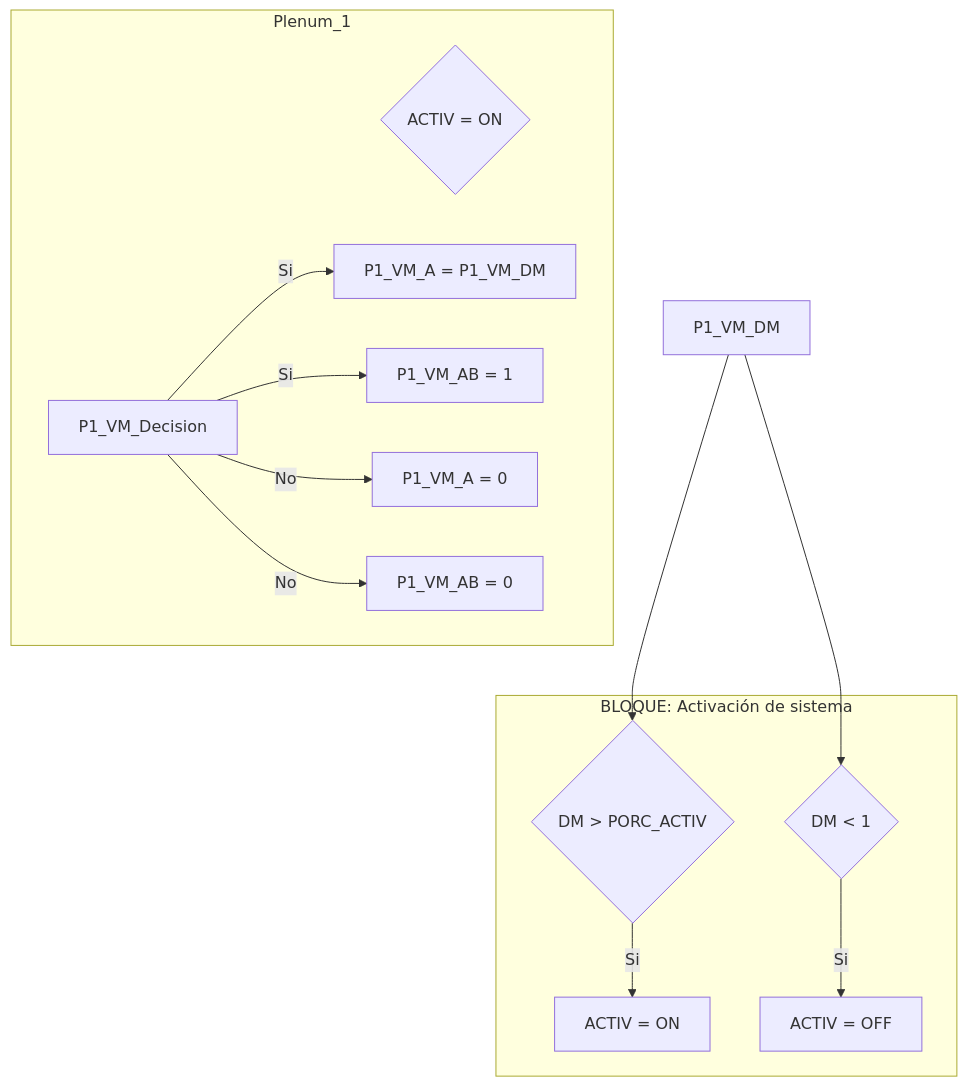
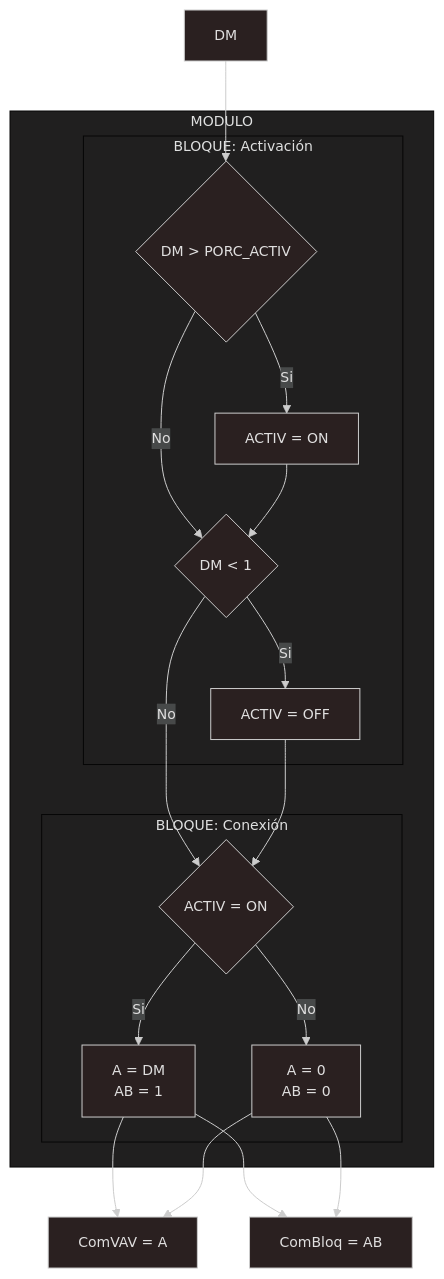
Before and after one commit to cjhirashi/ct-prub-in: the diagram in Cuarto-de-Pruebas/Controlador-1/PRG2/README.md, drawn with Mermaid.

Commit message:
Actualización del diagrama de flujo en README.md para mejorar la lógica de activación y desactivación del sistema, añadiendo subgráficos para una representación más clara del control de compuertas de VAVs.

````diff
--- a/Cuarto-de-Pruebas/Controlador-1/PRG2/README.md
+++ b/Cuarto-de-Pruebas/Controlador-1/PRG2/README.md
@@ -132,21 +132,28 @@
 ```mermaid
+---
+config:
+  theme: neo-dark
+---
 graph TD
-    P1_VM_DM --> ACTIVACION{DM > PORC_ACTIV};
-    P1_VM_DM --> DESACTIVACION{DM < 1};
-    subgraph BLOQUE: Activación de sistema
-        ACTIVACION -- Si --> SetActive[ACTIV = ON]
-        DESACTIVACION -- Si --> SetInactive[ACTIV = OFF]
-        SetActive
-        SetInactive
+    DM --> ACTIVACION{DM > PORC_ACTIV};
+    subgraph MODULO
+        subgraph BLOQUE: Activación
+            ACTIVACION -- Si --> SetActive[ACTIV = ON]
+            ACTIVACION -- No --> DESACTIVACION
+            SetActive --> DESACTIVACION{DM < 1}
+            DESACTIVACION -- Si --> SetInactive[ACTIV = OFF]
+        end
+        subgraph BLOQUE: Conexión
+            DESACTIVACION -- No --> CONECTOR
+            SetInactive --> CONECTOR
+            CONECTOR{ACTIV = ON} -- Si --> SISACT[A = DM<br>AB = 1]
+            CONECTOR -- No --> SISINACT[A = 0<br>AB = 0]
+        end
     end
-    subgraph Plenum_1
-        CONECTOR{ACTIV = ON}
-        P1_VM_Decision -- Si --> P1_VM_SetA[P1_VM_A = P1_VM_DM];
-        P1_VM_Decision -- Si --> P1_VM_SetAB[P1_VM_AB = 1];
-        P1_VM_Decision -- No --> P1_VM_SetA0[P1_VM_A = 0];
-        P1_VM_Decision -- No --> P1_VM_SetAB0[P1_VM_AB = 0];
-        
-    end
-        
-
+    CompVAV[ComVAV = A]
+    CompBloq[ComBloq = AB]
+    SISACT --> CompVAV
+    SISACT --> CompBloq
+    SISINACT --> CompVAV
+    SISINACT --> CompBloq
 ```
````
